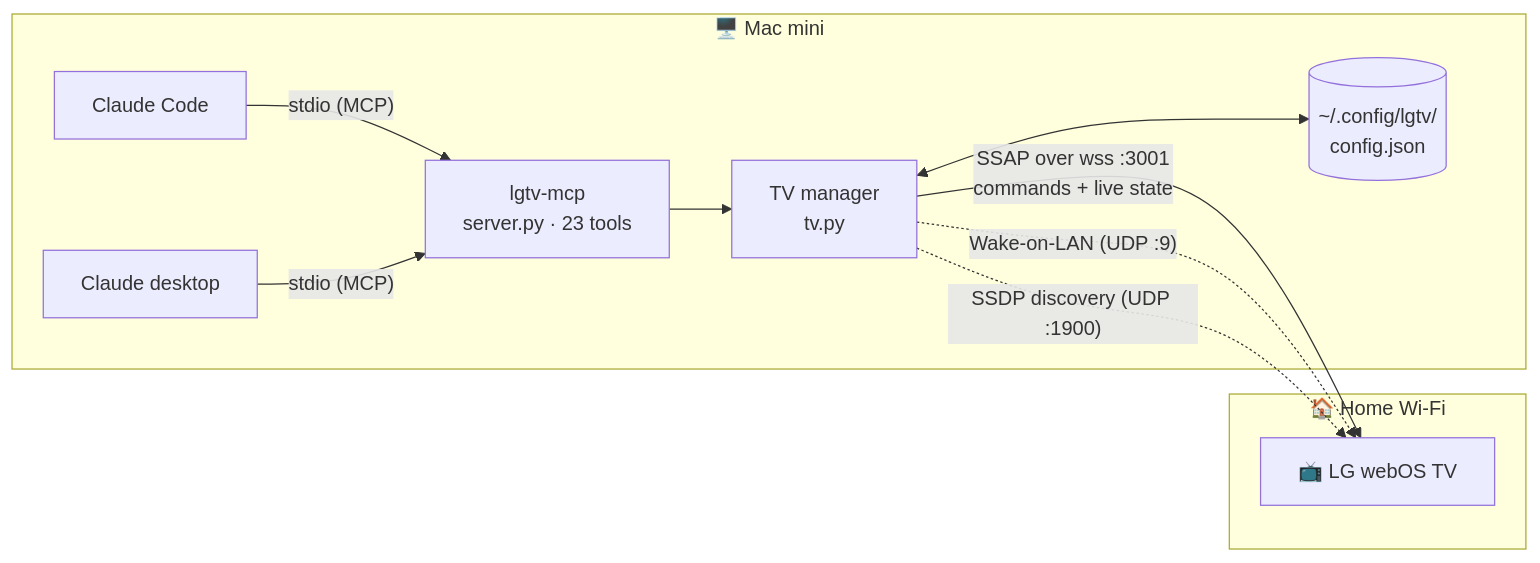
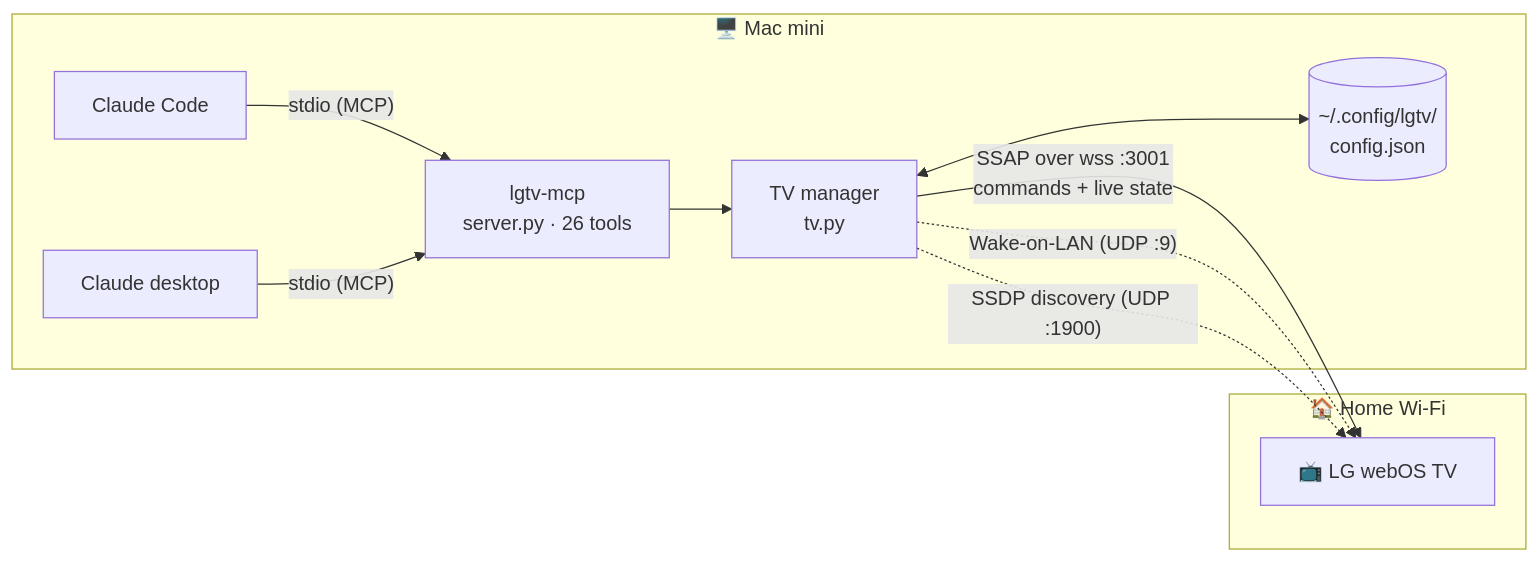
One commit to Laksh-star/lgtv-mcp changed the first of 3 diagrams in README.md. Above: the diagram before and after it, drawn with Mermaid. The commit also changed other lines of this file and 3 other files, not shown here.

````diff
--- a/README.md
+++ b/README.md
@@ -254,20 +278,20 @@
 ```mermaid
 flowchart LR
     subgraph Mac["🖥️ Mac mini"]
         CC["Claude Code"]
         CD["Claude desktop"]
-        S["lgtv-mcp<br/>server.py · 23 tools"]
+        S["lgtv-mcp<br/>server.py · 26 tools"]
         T["TV manager<br/>tv.py"]
         CFG[("~/.config/lgtv/<br/>config.json")]
         CC -- "stdio (MCP)" --> S
         CD -- "stdio (MCP)" --> S
         S --> T
         T <--> CFG
     end
     subgraph Home["🏠 Home Wi-Fi"]
         TV["📺 LG webOS TV"]
     end
     T -- "SSAP over wss :3001<br/>commands + live state" --> TV
     T -. "Wake-on-LAN (UDP :9)" .-> TV
     T -. "SSDP discovery (UDP :1900)" .-> TV
 ```
````
